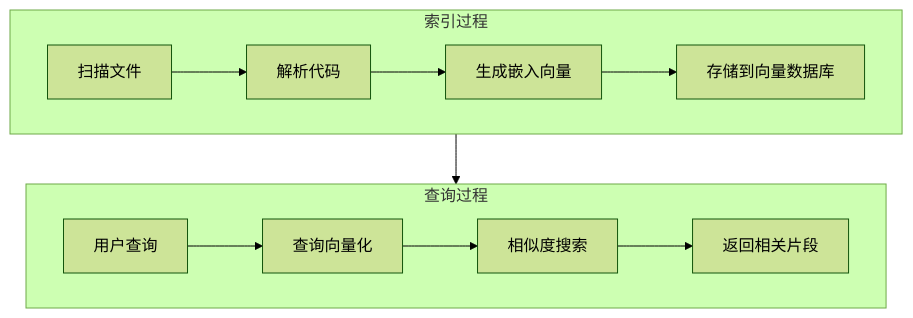
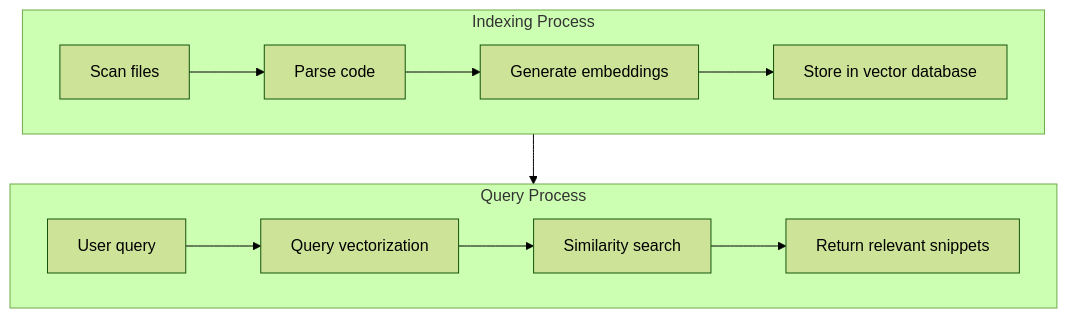
The fourth of 6 diagrams in 03-codebase-indexing/README.md (DDR187/cursor-howto), drawn with Mermaid (forest theme) before and after one commit. The commit also changed other lines of this file and 22 other files, not shown here.

````diff
--- a/03-codebase-indexing/README.md
+++ b/03-codebase-indexing/README.md
@@ -74,16 +74,16 @@
 ```mermaid
 flowchart TB
-    subgraph Indexing["索引过程"]
-        A[扫描文件] --> B[解析代码]
-        B --> C[生成嵌入向量]
-        C --> D[存储到向量数据库]
+    subgraph Indexing["Indexing Process"]
+        A[Scan files] --> B[Parse code]
+        B --> C[Generate embeddings]
+        C --> D[Store in vector database]
     end
     
-    subgraph Query["查询过程"]
-        E[用户查询] --> F[查询向量化]
-        F --> G[相似度搜索]
-        G --> H[返回相关片段]
+    subgraph Query["Query Process"]
+        E[User query] --> F[Query vectorization]
+        F --> G[Similarity search]
+        G --> H[Return relevant snippets]
     end
     
     Indexing --> Query
 ```
````
